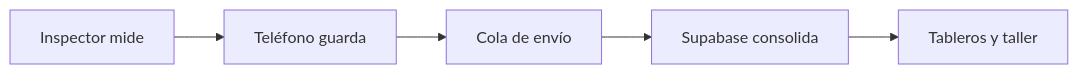
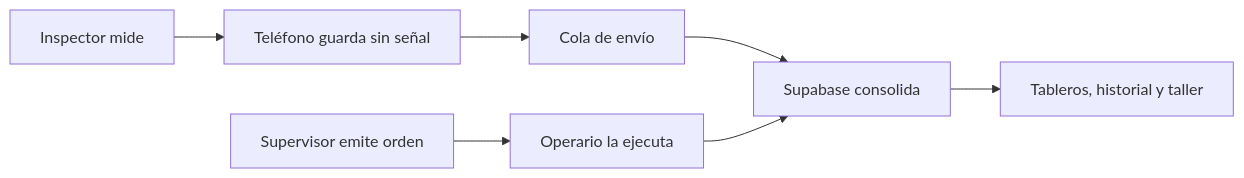
One commit to vinelt76/RENOVA-INSPECTOR changed the diagram in knowledge/human/GUIA RENOVA/00 - EMPEZAR AQUI.md. Above: the diagram before and after it, drawn with Mermaid. The commit also changed other lines of this file and 104 other files, not shown here.

````diff
--- a/knowledge/human/GUIA RENOVA/00 - EMPEZAR AQUI.md
+++ b/knowledge/human/GUIA RENOVA/00 - EMPEZAR AQUI.md
@@ -18,7 +21,9 @@
 ```mermaid
 flowchart LR
-  A[Inspector mide] --> B[Teléfono guarda]
+  A[Inspector mide] --> B[Teléfono guarda sin señal]
   B --> C[Cola de envío]
   C --> D[Supabase consolida]
-  D --> E[Tableros y taller]
+  E[Supervisor emite orden] --> F[Operario la ejecuta]
+  F --> D
+  D --> G[Tableros, historial y taller]
 ```
````
